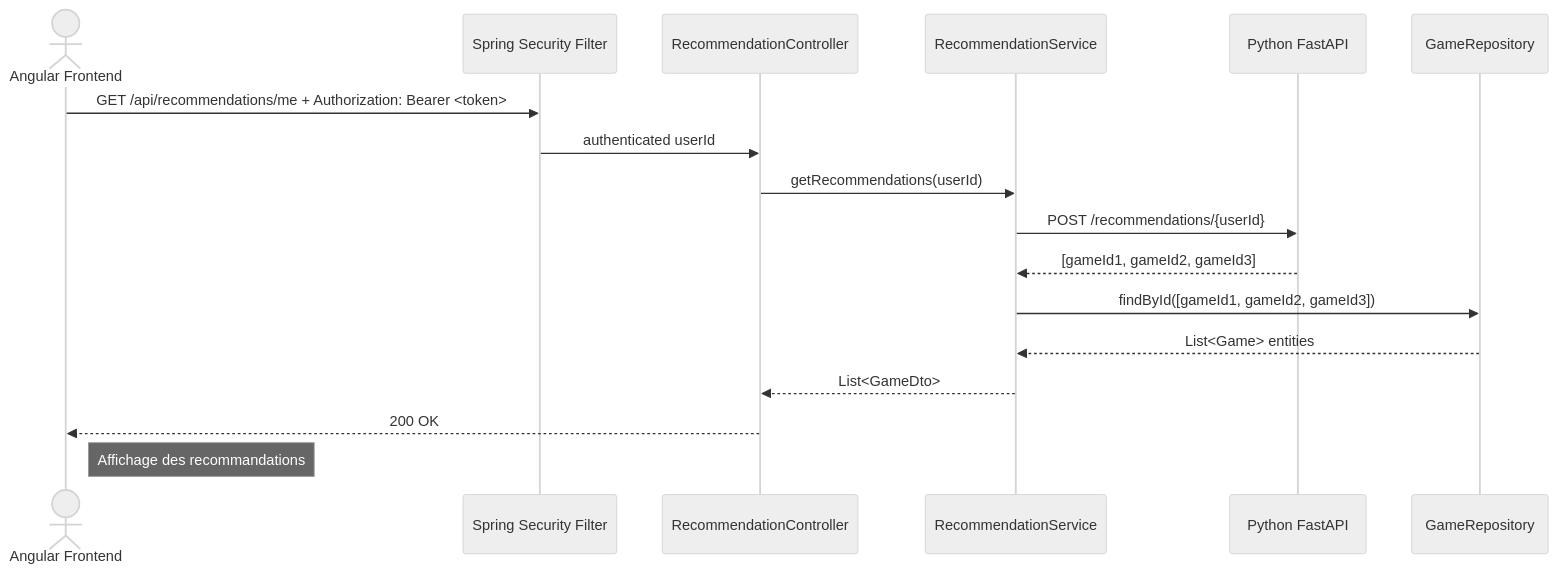
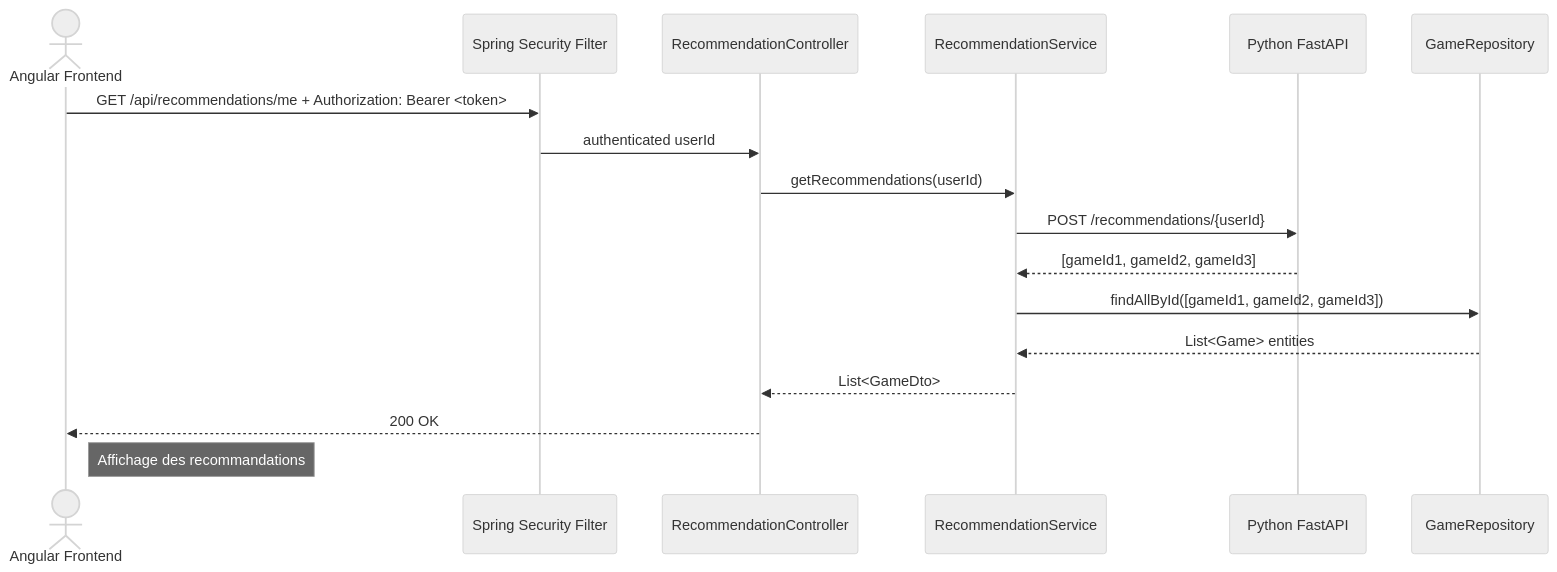
The diagram in docs/sequence-diagram.md (ReVolTPFE/iscod-b4-edc-games-up), drawn with Mermaid (neutral theme) before and after one commit. The commit also changed 13 other files, not shown here.

````diff
--- a/docs/sequence-diagram.md
+++ b/docs/sequence-diagram.md
@@ -1,21 +1,20 @@
 ```mermaid
 sequenceDiagram
     actor UI as Angular Frontend
     participant Auth as Spring Security Filter
     participant Controller as RecommendationController
     participant Service as RecommendationService
     participant ML as Python FastAPI
     participant RepoGame as GameRepository
 
     UI->>Auth: GET /api/recommendations/me + Authorization: Bearer <token>
     Auth->>Controller: authenticated userId
     Controller->>Service: getRecommendations(userId)
     Service->>ML: POST /recommendations/{userId}
     ML-->>Service: [gameId1, gameId2, gameId3]
-    Service->>RepoGame: findById([gameId1, gameId2, gameId3])
+    Service->>RepoGame: findAllById([gameId1, gameId2, gameId3])
     RepoGame-->>Service: List<Game> entities
     Service-->>Controller: List<GameDto>
     Controller-->>UI: 200 OK
     note right of UI: Affichage des recommandations
-
 ```
````
